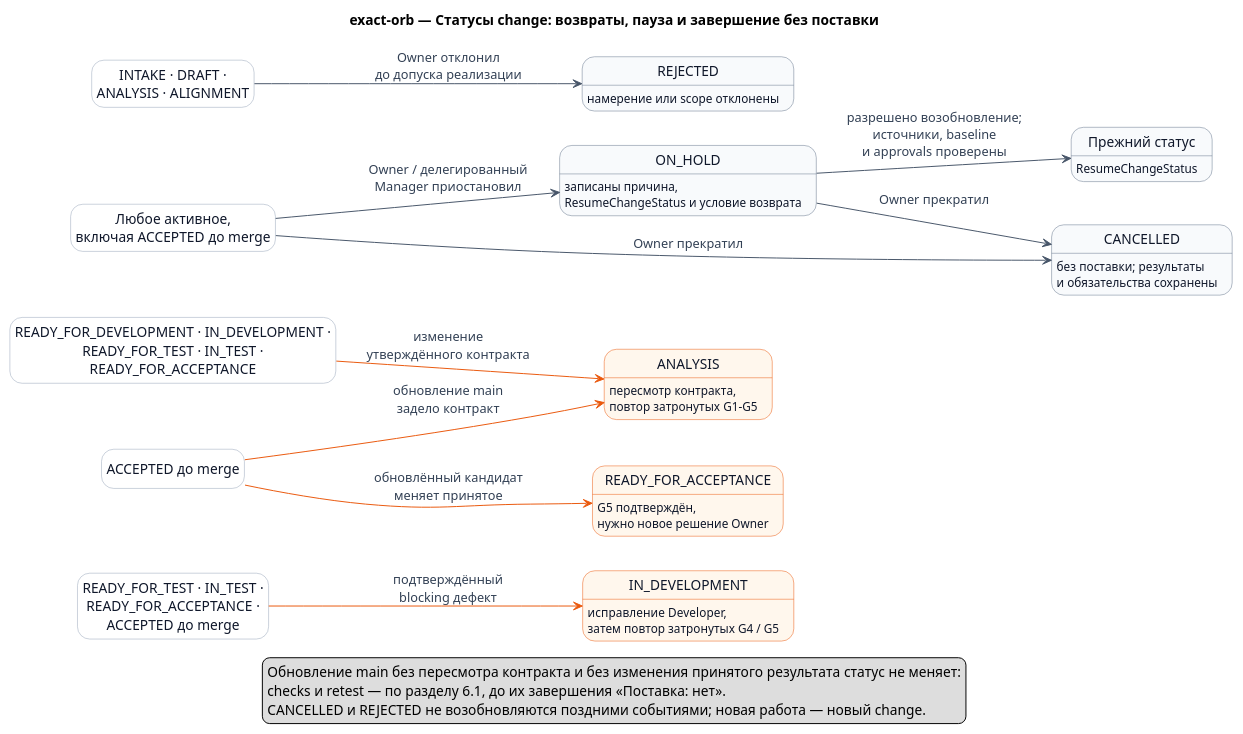
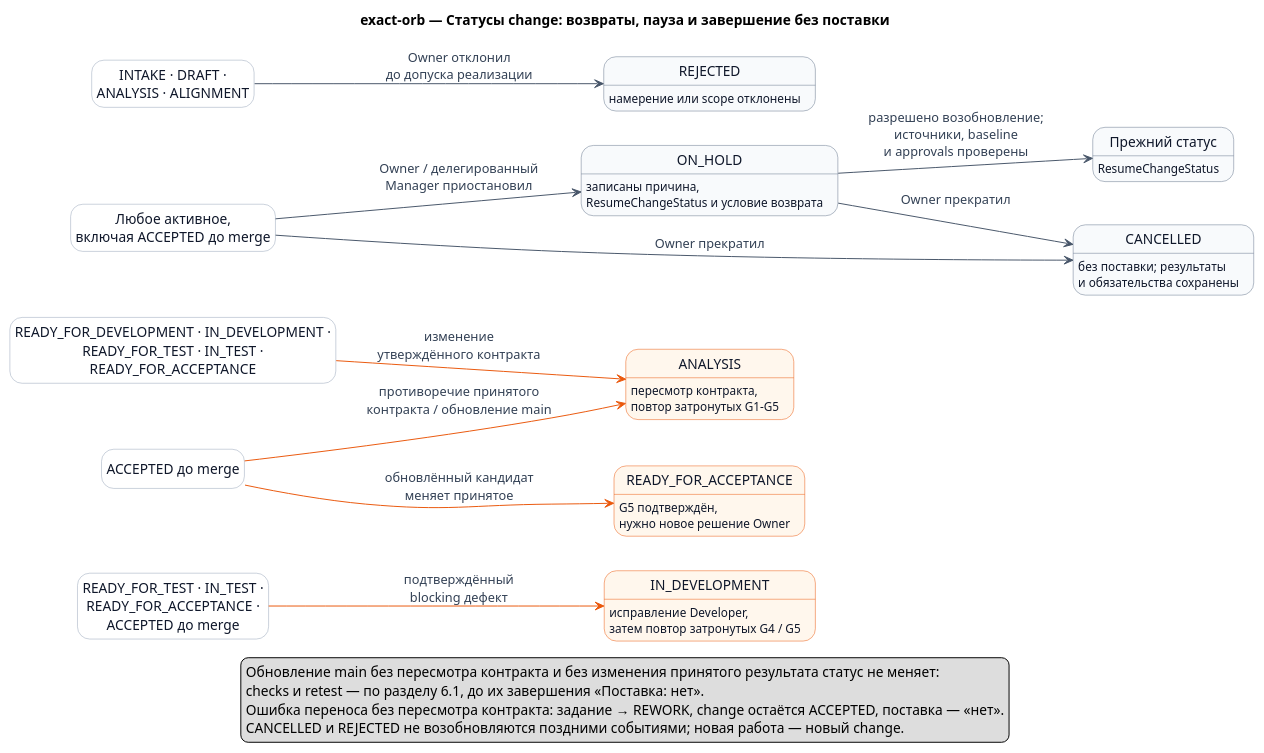
The diagram in docs/development_approach/process/process_diagram/002-change-returns-and-stops.puml (ksenia-baranova/exact-orb-demo), drawn with PlantUML before and after one commit. The commit also changed 27 other files, not shown here.

```diff
--- a/docs/development_approach/process/process_diagram/002-change-returns-and-stops.puml
+++ b/docs/development_approach/process/process_diagram/002-change-returns-and-stops.puml
@@ -1,54 +1,55 @@
 @startuml
 title exact-orb — Статусы change: возвраты, пауза и завершение без поставки
 
 ' Источник: docs/development_approach/process/process.md, раздел 3.1.
 ' Слева — группы статусов-источников (пунктирная рамка), справа — целевой статус.
 ' Оранжевые стрелки — возвраты, серые — пауза и завершение без поставки.
 ' Основной маршрут — в 001-change-main-route.puml.
 
 left to right direction
 hide empty description
 skinparam shadowing false
 skinparam state {
     BackgroundColor #F8FAFC
     BorderColor #64748B
     FontColor #0F172A
     ArrowFontColor #334155
     BackgroundColor<<group>> #FFFFFF
     BorderColor<<group>> #94A3B8
     BorderStyle<<group>> dashed
     BackgroundColor<<return>> #FFF7ED
     BorderColor<<return>> #EA580C
 }
 
 state "READY_FOR_TEST · IN_TEST ·\nREADY_FOR_ACCEPTANCE ·\nACCEPTED до merge" as SRC_QA <<group>>
 state "READY_FOR_DEVELOPMENT · IN_DEVELOPMENT ·\nREADY_FOR_TEST · IN_TEST ·\nREADY_FOR_ACCEPTANCE" as SRC_CONTRACT <<group>>
 state "ACCEPTED до merge" as SRC_ACC <<group>>
 state "Любое активное,\nвключая ACCEPTED до merge" as SRC_ACTIVE <<group>>
 state "INTAKE · DRAFT ·\nANALYSIS · ALIGNMENT" as SRC_PRE <<group>>
 
 state IN_DEVELOPMENT <<return>> : исправление Developer,\nзатем повтор затронутых G4 / G5
 state ANALYSIS <<return>> : пересмотр контракта,\nповтор затронутых G1–G5
 state READY_FOR_ACCEPTANCE <<return>> : G5 подтверждён,\nнужно новое решение Owner
 state ON_HOLD : записаны причина,\nResumeChangeStatus и условие возврата
 state "Прежний статус" as RESUME : ResumeChangeStatus
 state CANCELLED : без поставки; результаты\nи обязательства сохранены
 state REJECTED : намерение или scope отклонены
 
 SRC_QA -[#EA580C]-> IN_DEVELOPMENT : подтверждённый\nblocking дефект
 SRC_CONTRACT -[#EA580C]-> ANALYSIS : изменение\nутверждённого контракта
-SRC_ACC -[#EA580C]-> ANALYSIS : обновление main\nзадело контракт
+SRC_ACC -[#EA580C]-> ANALYSIS : противоречие принятого\nконтракта / обновление main
 SRC_ACC -[#EA580C]-> READY_FOR_ACCEPTANCE : обновлённый кандидат\nменяет принятое
 
 SRC_ACTIVE -[#475569]-> ON_HOLD : Owner / делегированный\nManager приостановил
 ON_HOLD -[#475569]-> RESUME : разрешено возобновление;\nисточники, baseline\nи approvals проверены
 SRC_ACTIVE -[#475569]-> CANCELLED : Owner прекратил
 ON_HOLD -[#475569]-> CANCELLED : Owner прекратил
 SRC_PRE -[#475569]-> REJECTED : Owner отклонил\nдо допуска реализации
 
 legend bottom
   Обновление main без пересмотра контракта и без изменения принятого результата статус не меняет:
   checks и retest — по разделу 6.1, до их завершения «Поставка: нет».
+  Ошибка переноса без пересмотра контракта: задание → REWORK, change остаётся ACCEPTED, поставка — «нет».
   CANCELLED и REJECTED не возобновляются поздними событиями; новая работа — новый change.
 endlegend
 @enduml
```
